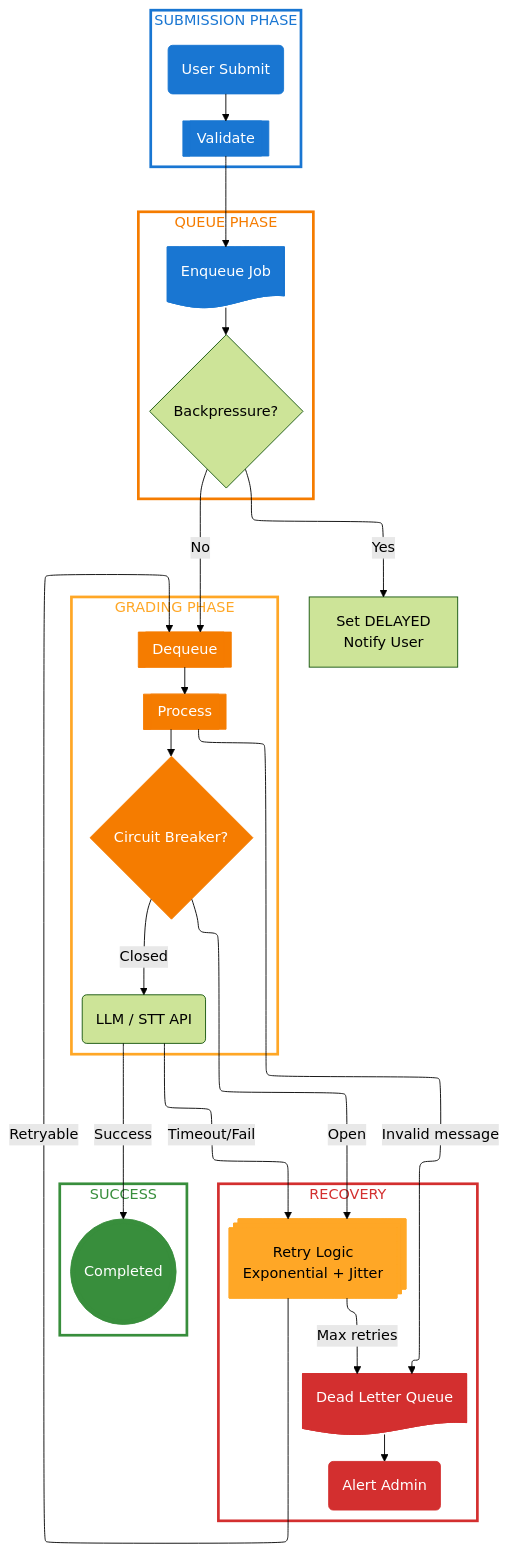
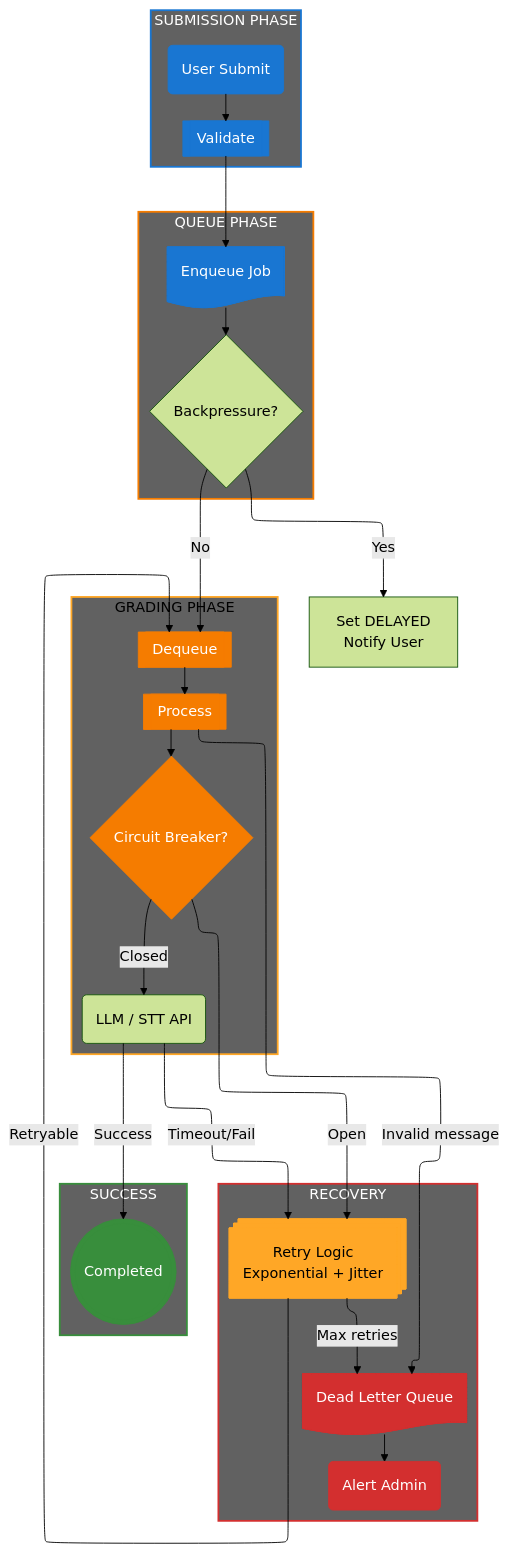
The third of 12 diagrams in docs/capstone/diagrams/flow-diagrams.vi.md (nghyane/VSTEP), drawn with Mermaid (forest theme) before and after one commit. The commit also changed other lines of this file, not shown here.

First line of the commit message:
fix(docs): use mid-gray fill (#616161) for subgraph boxes

````diff
--- a/docs/capstone/diagrams/flow-diagrams.vi.md
+++ b/docs/capstone/diagrams/flow-diagrams.vi.md
@@ -164,75 +164,75 @@
 ```mermaid
 ---
 config:
   layout: elk
 ---
 flowchart TB
     subgraph Submission["SUBMISSION PHASE"]
         Submit@{ shape: rounded, label: "User Submit" }
         Validate@{ shape: fr-rect, label: "Validate" }
     end
 
     subgraph QueuePhase["QUEUE PHASE"]
         Enqueue@{ shape: doc, label: "Enqueue Job" }
         Backpressure@{ shape: diam, label: "Backpressure?" }
     end
 
     subgraph Processing["GRADING PHASE"]
         Dequeue@{ shape: fr-rect, label: "Dequeue" }
         Process@{ shape: fr-rect, label: "Process" }
         Circuit@{ shape: diam, label: "Circuit Breaker?" }
         External@{ shape: rounded, label: "LLM / STT API" }
     end
 
     subgraph Recovery["RECOVERY"]
         Retry@{ shape: st-rect, label: "Retry Logic\nExponential + Jitter" }
         DLQ@{ shape: doc, label: "Dead Letter Queue" }
         Alert@{ shape: rounded, label: "Alert Admin" }
     end
 
     subgraph Success["SUCCESS"]
         Complete@{ shape: dbl-circ, label: "Completed" }
     end
 
     Submit --> Validate --> Enqueue --> Backpressure
     Backpressure -->|"No"| Dequeue
     Backpressure -->|"Yes"| Delayed["Set DELAYED\nNotify User"]
     
     Dequeue --> Process --> Circuit
     Circuit -->|"Closed"| External
     Circuit -->|"Open"| Retry
     
     External -->|"Success"| Complete
     External -->|"Timeout/Fail"| Retry
     
     Retry -->|"Retryable"| Dequeue
     Retry -->|"Max retries"| DLQ --> Alert
     
     Process -->|"Invalid message"| DLQ
 
     %% Nodes
     classDef normal fill:#1976d2,stroke:#1976d2,color:#fff
     classDef decision fill:#f57c00,stroke:#f57c00,color:#fff
     classDef warning fill:#ffa726,stroke:#ffa726,color:#000
     classDef error fill:#d32f2f,stroke:#d32f2f,color:#fff
     classDef success fill:#388e3c,stroke:#388e3c,color:#fff
 
-    %% Boxes - transparent with thick colored border
-    classDef normalBox fill:none,stroke:#1976d2,stroke-width:3px,color:#1976d2
-    classDef queueBox fill:none,stroke:#f57c00,stroke-width:3px,color:#f57c00
-    classDef processBox fill:none,stroke:#ffa726,stroke-width:3px,color:#ffa726
-    classDef errorBox fill:none,stroke:#d32f2f,stroke-width:3px,color:#d32f2f
-    classDef successBox fill:none,stroke:#388e3c,stroke-width:3px,color:#388e3c
+    %% Boxes - mid-gray fill with colored border
+    classDef normalBox fill:#616161,stroke:#1976d2,stroke-width:2px,color:#fff
+    classDef queueBox fill:#616161,stroke:#f57c00,stroke-width:2px,color:#fff
+    classDef processBox fill:#616161,stroke:#ffa726,stroke-width:2px,color:#000
+    classDef errorBox fill:#616161,stroke:#d32f2f,stroke-width:2px,color:#fff
+    classDef successBox fill:#616161,stroke:#388e3c,stroke-width:2px,color:#fff
 
     class Submission normalBox
     class QueuePhase queueBox
     class Processing processBox
     class Recovery errorBox
     class Success successBox
 
     class Submit,Validate,SaveLocal,Enqueue,QueueMonitor normal
     class Dequeue,Process,Circuit,LLMCall,STTCall decision
     class Retry warning
     class DLQ,Alert error
     class Complete success
 ```
````
